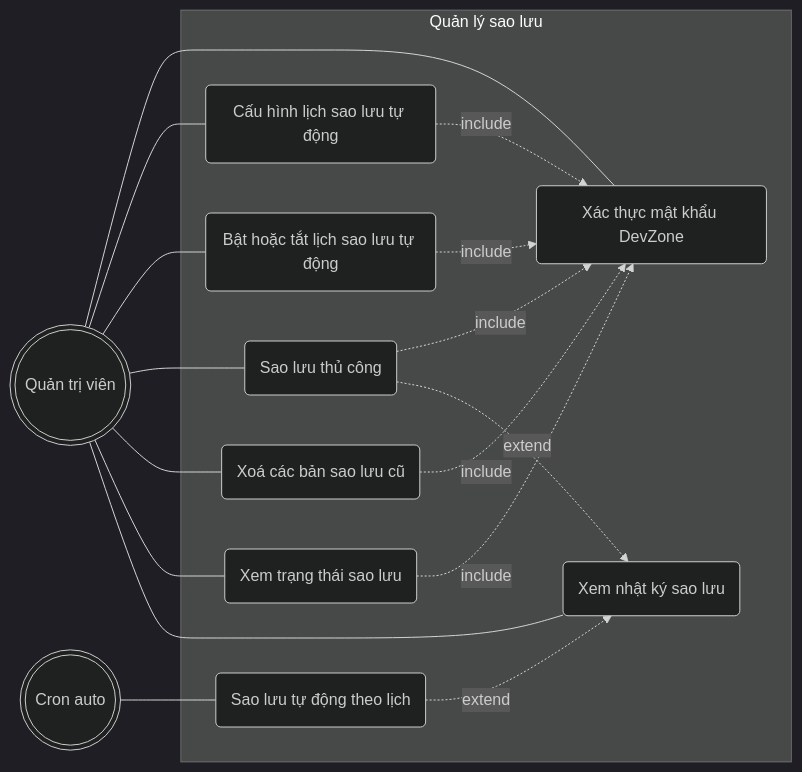
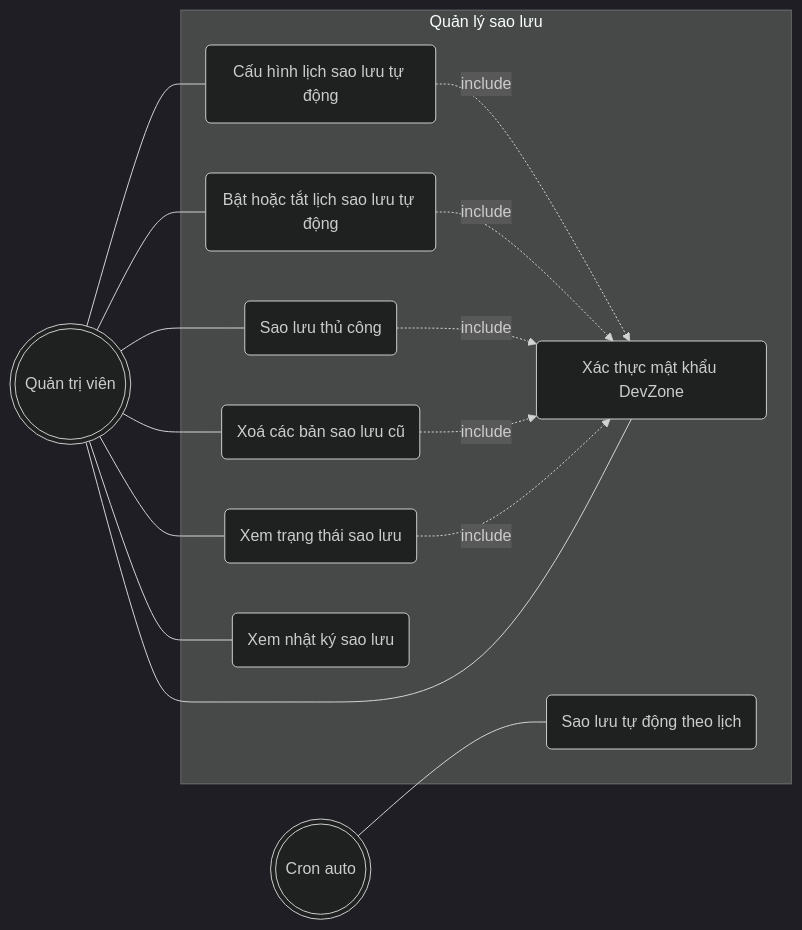
One commit to tranducbk/DATN_PM_QLKT changed diagram 13 of 15 in docs/diagrams/01-use-case.md. Above: the diagram before and after it, drawn with Mermaid (dark theme). The commit also changed other lines of this file and 69 other files, not shown here.

````diff
--- a/docs/diagrams/01-use-case.md
+++ b/docs/diagrams/01-use-case.md
@@ -642,34 +664,32 @@
 ```mermaid
 flowchart LR
     SA(((Quản trị viên)))
     SYSTEM(((Cron auto)))
 
     subgraph SYS[Quản lý sao lưu]
         UC1(Xác thực mật khẩu DevZone)
         UC2(Cấu hình lịch sao lưu tự động)
         UC3(Bật hoặc tắt lịch sao lưu tự động)
         UC4(Sao lưu thủ công)
         UC5(Xoá các bản sao lưu cũ)
         UC6(Xem trạng thái sao lưu)
         UC7(Sao lưu tự động theo lịch)
         UC8(Xem nhật ký sao lưu)
 
         UC2 -.->|include| UC1
         UC3 -.->|include| UC1
         UC4 -.->|include| UC1
         UC5 -.->|include| UC1
         UC6 -.->|include| UC1
-        UC7 -.->|extend| UC8
-        UC4 -.->|extend| UC8
     end
 
     SA --- UC1
     SA --- UC2
     SA --- UC3
     SA --- UC4
     SA --- UC5
     SA --- UC6
     SA --- UC8
 
     SYSTEM --- UC7
 ```
````
